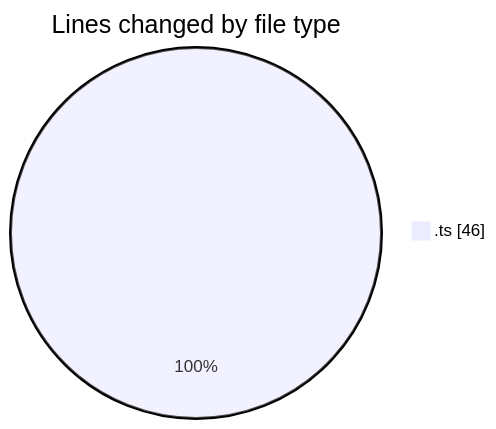
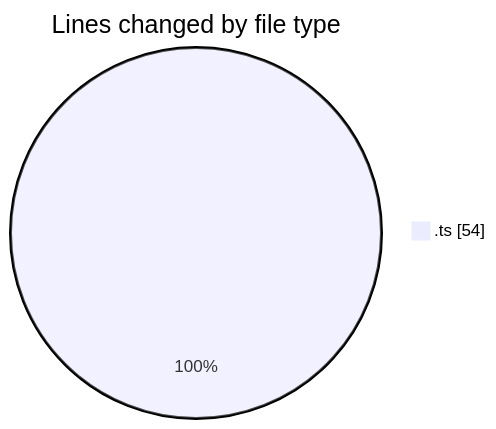
The first of 2 diagrams in 2025-02-08/maps_clone/README.md (donsfak/code-tracking), drawn with Mermaid before and after one commit. The commit also changed other lines of this file and 1 other file, not shown here.

````diff
--- a/2025-02-08/maps_clone/README.md
+++ b/2025-02-08/maps_clone/README.md
@@ -20,5 +20,5 @@
 ```mermaid
 pie showData
 title Lines changed by file type
-".ts" : 46
+".ts" : 54
 ```
````
